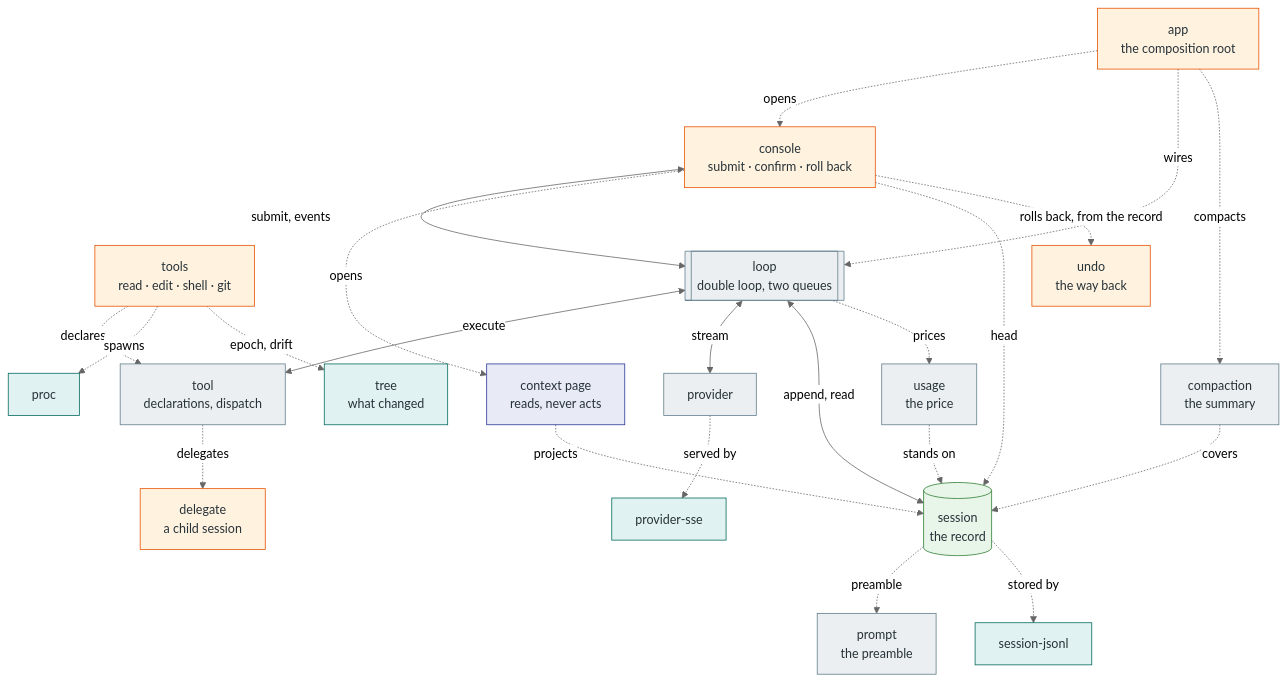
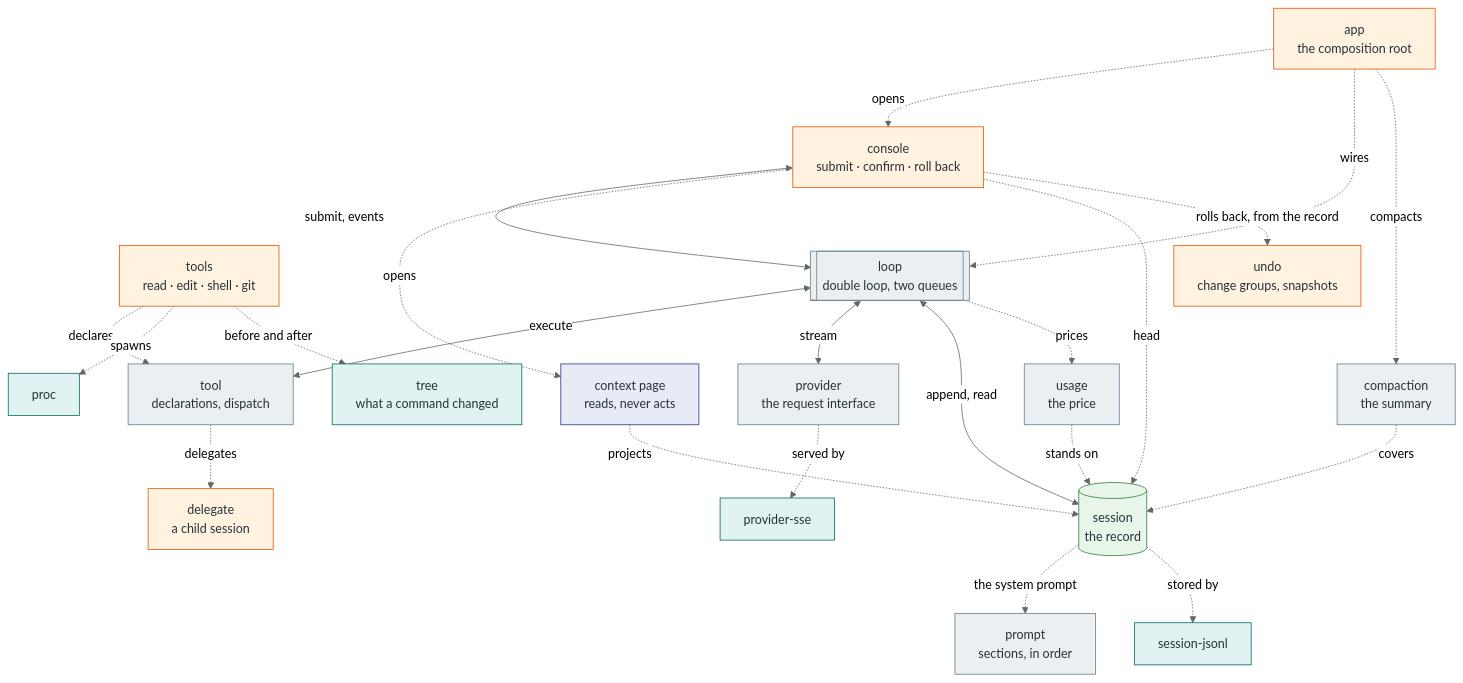
The second of 2 diagrams in README.md (OverbearingPearl/pearl), drawn with Mermaid (neutral theme) before and after one commit. The commit also changed other lines of this file, not shown here.

````diff
--- a/README.md
+++ b/README.md
@@ -227,51 +228,51 @@
 ```mermaid
 flowchart TB
   console["console<br/>submit · confirm · roll back"]
   context["context page<br/>reads, never acts"]
   app["app<br/>the composition root"]
   tools["tools<br/>read · edit · shell · git"]
   loop[["loop<br/>double loop, two queues"]]
   tool["tool<br/>declarations, dispatch"]
-  provider["provider"]
+  provider["provider<br/>the request interface"]
   session[("session<br/>the record")]
-  prompt["prompt<br/>the preamble"]
+  prompt["prompt<br/>sections, in order"]
   compaction["compaction<br/>the summary"]
   usage["usage<br/>the price"]
   sse["provider-sse"]
   jsonl["session-jsonl"]
   proc["proc"]
   delegate["delegate<br/>a child session"]
-  undo["undo<br/>the way back"]
-  tree["tree<br/>what changed"]
+  undo["undo<br/>change groups, snapshots"]
+  tree["tree<br/>what a command changed"]
   app -.->|opens| console
   app -.->|wires| loop
   app -.->|compacts| compaction
   console <-->|submit, events| loop
   console -.->|opens| context
   console -.->|head| session
   console -.->|rolls back, from the record| undo
   context -.->|projects| session
   loop <-->|execute| tool
   tools -.->|declares| tool
   loop <-->|stream| provider
   loop <-->|append, read| session
   loop -.->|prices| usage
   usage -.->|stands on| session
   compaction -.->|covers| session
-  session -.->|preamble| prompt
+  session -.->|the system prompt| prompt
   provider -.->|served by| sse
   session -.->|stored by| jsonl
   tools -.->|spawns| proc
-  tools -.->|epoch, drift| tree
+  tools -.->|before and after| tree
   tool -.->|delegates| delegate
   classDef product fill:#fff3e0,stroke:#e65100,color:#263238
   classDef page fill:#e8eaf6,stroke:#283593,color:#263238
   classDef core fill:#eceff1,stroke:#607d8b,color:#263238
   classDef record fill:#e8f5e9,stroke:#2e7d32,color:#263238
   classDef adapter fill:#e0f2f1,stroke:#00695c,color:#263238
   class console,tools,app,delegate,undo product
   class context page
   class loop,tool,provider,prompt,compaction,usage core
   class session record
   class sse,jsonl,proc,tree adapter
 ```
````
